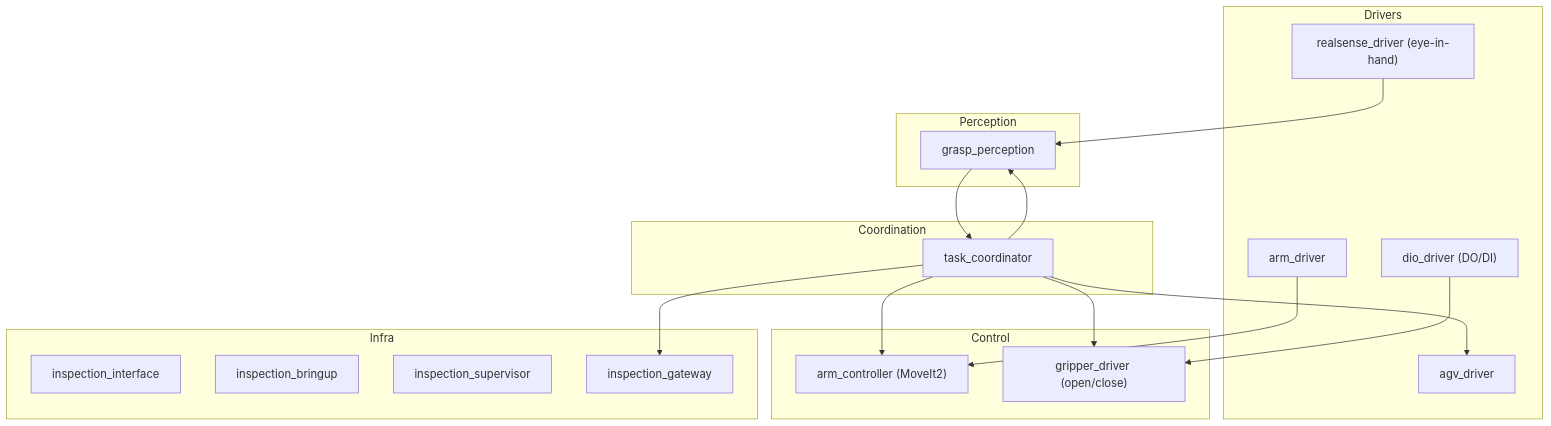
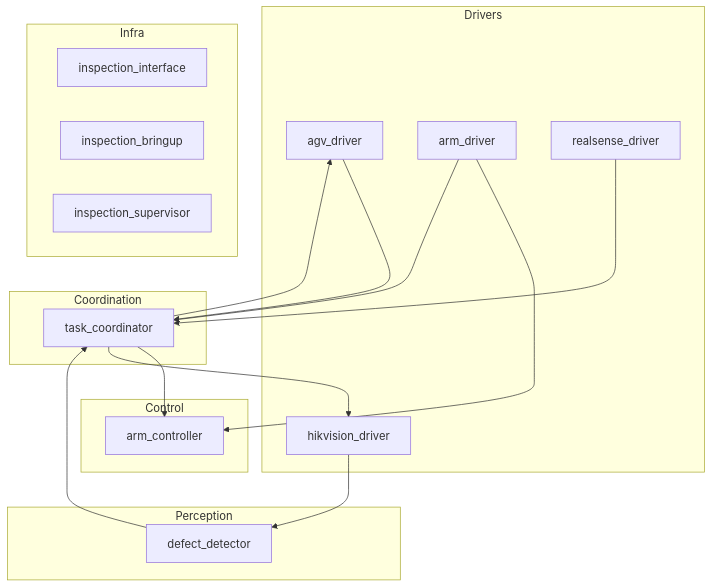
One commit to Misaka21/inspection-robot changed the diagram in README.md. Above: the diagram before and after it, drawn with Mermaid. The commit also changed other lines of this file and 25 other files, not shown here.

````diff
--- a/README.md
+++ b/README.md
@@ -104,39 +111,37 @@
 ```mermaid
 flowchart TB
   subgraph Drivers["Drivers"]
-    D1["agv_driver"]
-    D2["arm_driver"]
-    D3["realsense_driver (eye-in-hand)"]
-    D4["dio_driver (DO/DI)"]
+    AGV["agv_driver"]
+    ARM["arm_driver"]
+    RS["realsense_driver"]
+    HK["hikvision_driver"]
   end
 
   subgraph Control["Control"]
-    C1["arm_controller (MoveIt2)"]
-    C2["gripper_driver (open/close)"]
+    AC["arm_controller"]
   end
 
   subgraph Algo["Perception"]
-    A1["grasp_perception"]
+    DET["defect_detector"]
   end
 
   subgraph Coord["Coordination"]
-    CO1["task_coordinator"]
+    CO["task_coordinator"]
   end
 
   subgraph Infra["Infra"]
-    I1["inspection_interface"]
-    I2["inspection_bringup"]
-    I3["inspection_supervisor"]
-    I4["inspection_gateway"]
+    IF["inspection_interface"]
+    BR["inspection_bringup"]
+    SUP["inspection_supervisor"]
   end
 
-  D3 --> A1
-  A1 --> CO1
-  D2 --> C1
-  D4 --> C2
-  CO1 --> D1
-  CO1 --> C1
-  CO1 --> C2
-  CO1 --> A1
-  CO1 --> I4
+  CO --> AGV
+  CO --> AC
+  RS --> CO
+  CO --> HK
+  HK --> DET
+  DET --> CO
+  AGV --> CO
+  ARM --> AC
+  ARM --> CO
 ```
````
